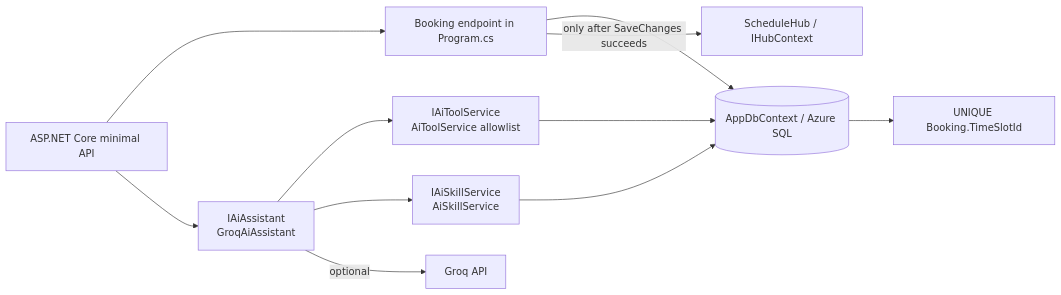
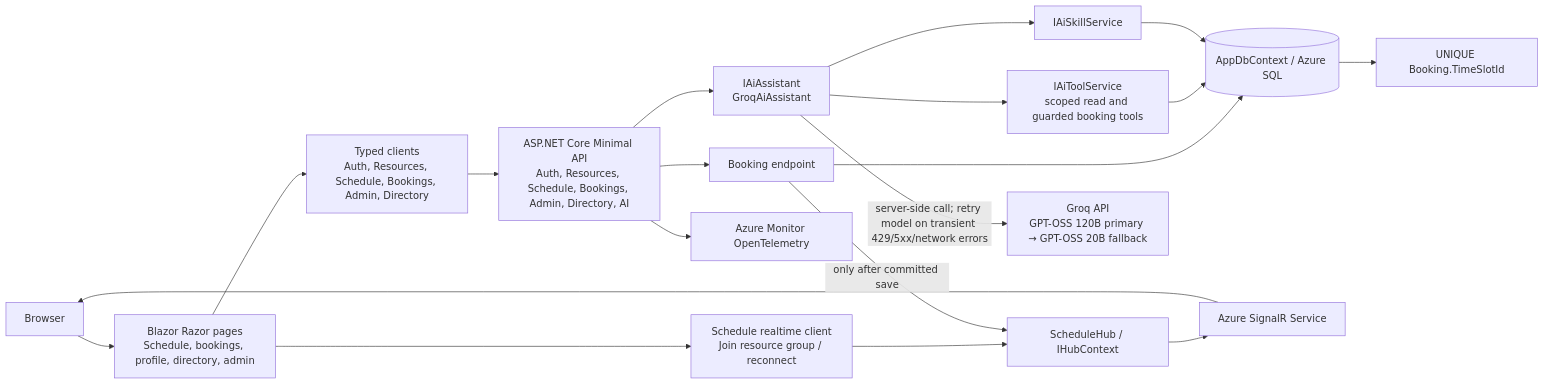
The diagram in docs/architecture/c4-component.md (soewal19/Renbeat_.Net_Autumn_2026), drawn with Mermaid before and after one commit. The commit also changed other lines of this file and 6 other files, not shown here.

Commit message:
docs: document system operations and C4 architecture

````diff
--- a/docs/architecture/c4-component.md
+++ b/docs/architecture/c4-component.md
@@ -3,19 +3,29 @@
 ```mermaid
 flowchart LR
-    api[ASP.NET Core minimal API]
-    bookings[Booking endpoint in Program.cs]
+    browser[Browser]
+    pages[Blazor Razor pages\nSchedule, bookings, profile, directory, admin]
+    clients[Typed clients\nAuth, Resources, Schedule, Bookings, Admin, Directory]
+    realtime[Schedule realtime client\nJoin resource group / reconnect]
+    api[ASP.NET Core Minimal API\nAuth, Resources, Schedule, Bookings, Admin, Directory, AI]
+    booking[Booking endpoint]
     db[(AppDbContext / Azure SQL)]
     unique[UNIQUE Booking.TimeSlotId]
-    notify[ScheduleHub / IHubContext]
-    tools[IAiToolService\nAiToolService allowlist]
+    hub[ScheduleHub / IHubContext]
+    signalr[Azure SignalR Service]
+    telemetry[Azure Monitor OpenTelemetry]
+    tools[IAiToolService\nscoped read and guarded booking tools]
     assistant[IAiAssistant\nGroqAiAssistant]
-    skills[IAiSkillService\nAiSkillService]
-    groq[Groq API]
-    api --> bookings --> db
+    skills[IAiSkillService]
+    groq[Groq API\nGPT-OSS 120B primary → GPT-OSS 20B fallback]
+    browser --> pages
+    pages --> clients --> api
+    pages --> realtime --> hub
+    api --> booking --> db
     db --> unique
-    bookings -->|only after SaveChanges succeeds| notify
+    booking -->|only after committed save| hub --> signalr --> browser
+    api --> telemetry
     api --> assistant
     assistant --> tools --> db
     assistant --> skills --> db
-    assistant -->|optional| groq
+    assistant -->|server-side call; retry model on transient 429/5xx/network errors| groq
 ```
````
